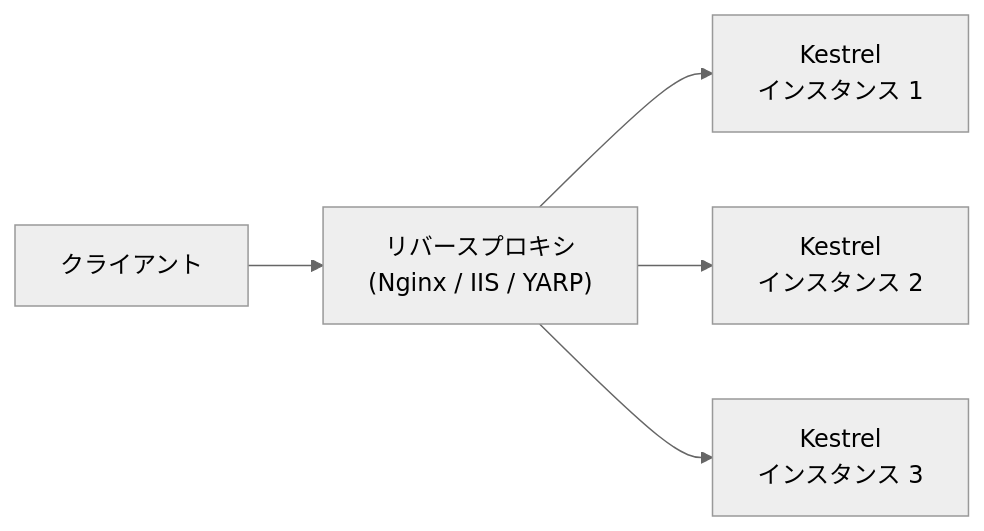
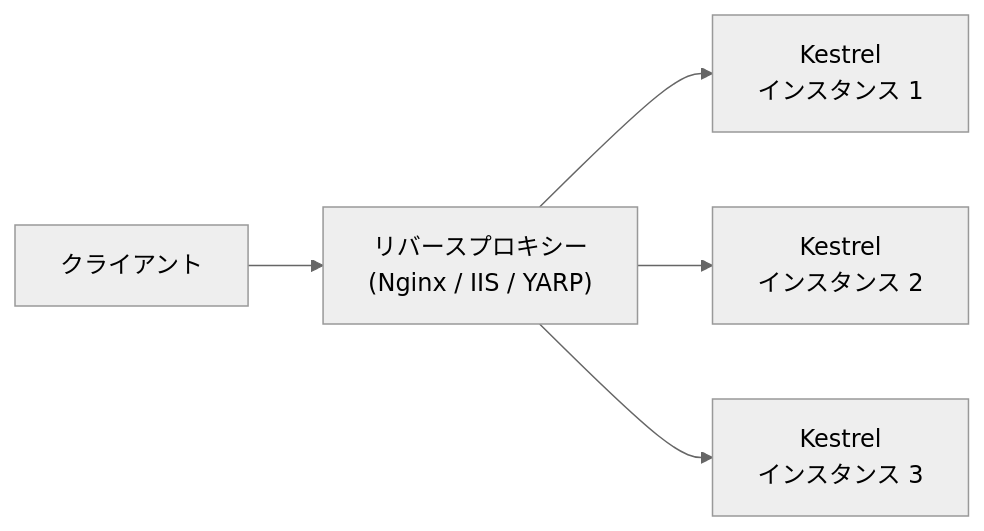
Before and after one commit to yoichiozaki/yoichiozaki.github.io: the fourth of 20 diagrams in content/blog/ja/aspnet-core-architecture.mdx, drawn with Mermaid (neutral theme). The commit also changed other lines of this file and 117 other files, not shown here.

````diff
--- a/content/blog/ja/aspnet-core-architecture.mdx
+++ b/content/blog/ja/aspnet-core-architecture.mdx
@@ -156,7 +156,7 @@
 ```mermaid
 graph LR
-    Client["クライアント"] --> RP["リバースプロキシ<br/>(Nginx / IIS / YARP)"]
+    Client["クライアント"] --> RP["リバースプロキシー<br/>(Nginx / IIS / YARP)"]
     RP --> K1["Kestrel<br/>インスタンス 1"]
     RP --> K2["Kestrel<br/>インスタンス 2"]
     RP --> K3["Kestrel<br/>インスタンス 3"]
 ```
````
